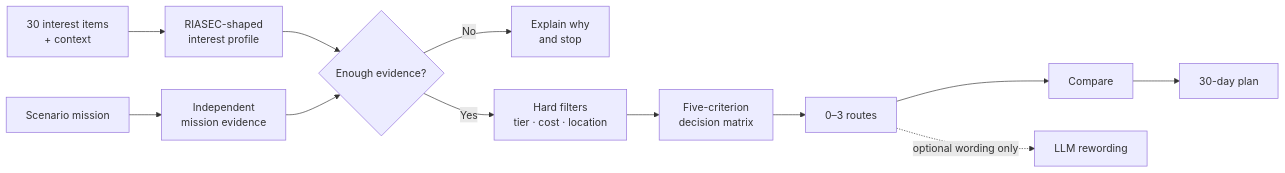
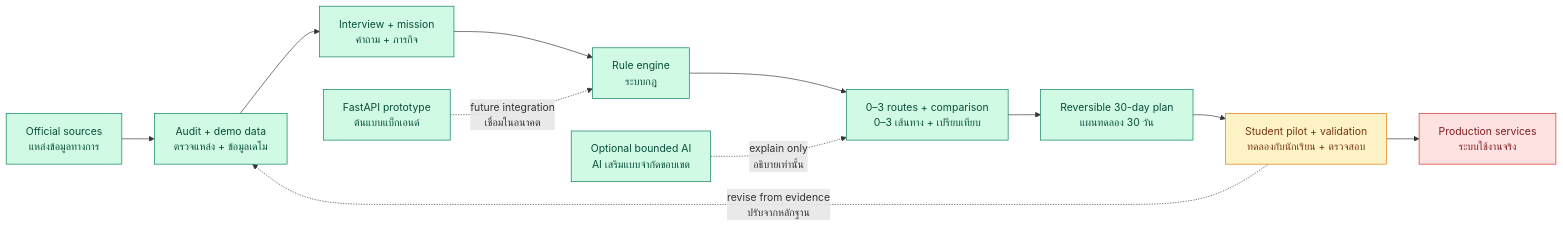
The diagram in README.md (Pongkarm/Future_Me), drawn with Mermaid before and after one commit. The commit also changed other lines of this file, not shown here.

````diff
--- a/README.md
+++ b/README.md
@@ -152,14 +78,21 @@
 ```mermaid
 flowchart LR
-    A["30 interest items<br/>+ context"] --> B["RIASEC-shaped<br/>interest profile"]
-    C["Scenario mission"] --> D["Independent<br/>mission evidence"]
-    B --> E{"Enough evidence?"}
-    D --> E
-    E -->|"No"| F["Explain why<br/>and stop"]
-    E -->|"Yes"| G["Hard filters<br/>tier · cost · location"]
-    G --> H["Five-criterion<br/>decision matrix"]
-    H --> I["0–3 routes"]
-    I --> J["Compare"]
-    J --> K["30-day plan"]
-    I -.->|"optional wording only"| L["LLM rewording"]
+    A["Official sources<br/>แหล่งข้อมูลทางการ"] --> B["Audit + demo data<br/>ตรวจแหล่ง + ข้อมูลเดโม"]
+    B --> C["Interview + mission<br/>คำถาม + ภารกิจ"]
+    C --> D["Rule engine<br/>ระบบกฎ"]
+    D --> E["0–3 routes + comparison<br/>0–3 เส้นทาง + เปรียบเทียบ"]
+    E --> F["Reversible 30-day plan<br/>แผนทดลอง 30 วัน"]
+    F --> G["Student pilot + validation<br/>ทดลองกับนักเรียน + ตรวจสอบ"]
+    G -. "revise from evidence<br/>ปรับจากหลักฐาน" .-> B
+    G --> H["Production services<br/>ระบบใช้งานจริง"]
+
+    I["Optional bounded AI<br/>AI เสริมแบบจำกัดขอบเขต"] -. "explain only<br/>อธิบายเท่านั้น" .-> E
+    J["FastAPI prototype<br/>ต้นแบบแบ็กเอนด์"] -. "future integration<br/>เชื่อมในอนาคต" .-> D
+
+    classDef working fill:#d1fae5,stroke:#047857,color:#064e3b;
+    classDef validating fill:#fef3c7,stroke:#d97706,color:#78350f;
+    classDef planned fill:#fee2e2,stroke:#dc2626,color:#7f1d1d;
+    class A,B,C,D,E,F,I,J working;
+    class G validating;
+    class H planned;
 ```
````
